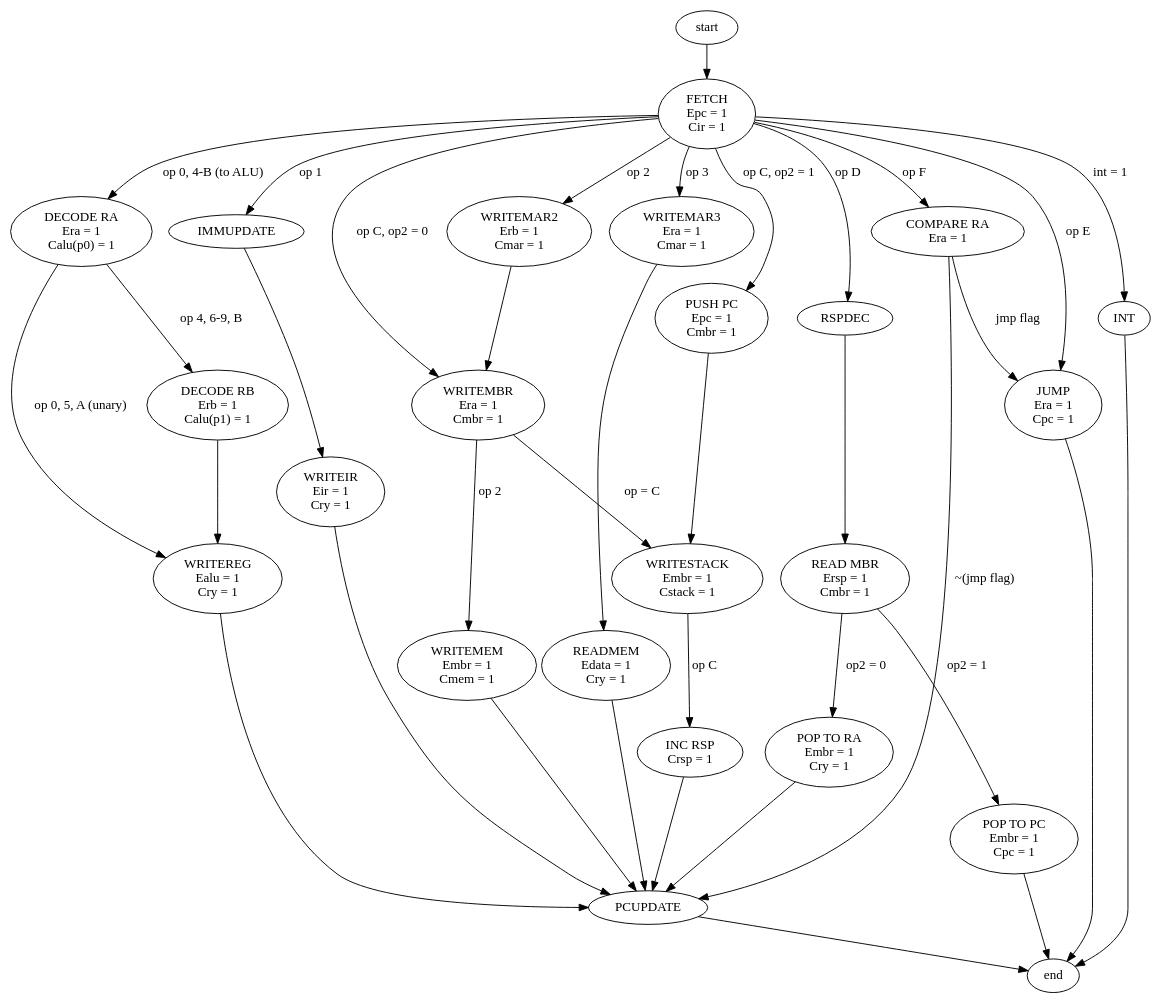
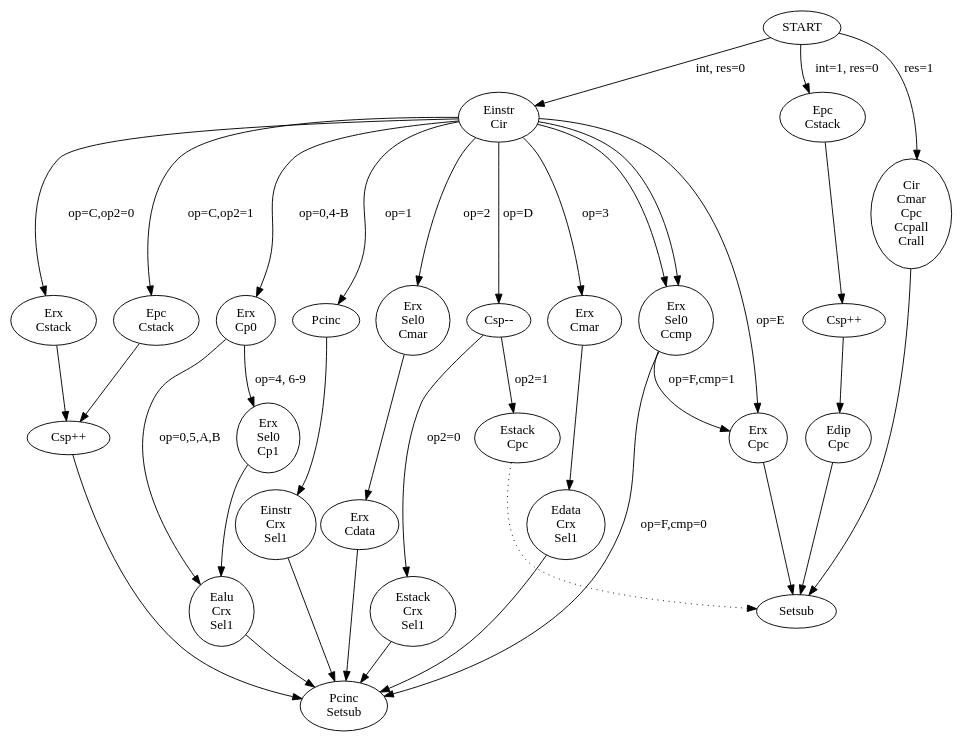
The diagram in Specifications/Timing/Control_Signals_FSM.dot (AsparaGus116/Romulus-I), drawn with Graphviz before and after one commit. The commit also changed 1 other file, not shown here.

```diff
--- a/Specifications/Timing/Control_Signals_FSM.dot
+++ b/Specifications/Timing/Control_Signals_FSM.dot
@@ -1,83 +1,90 @@
 digraph G {
-   
-  start -> FETCH
- 
-  //NOTICE!!! Instructions are numbered by OPCODE
- 
-  //Reg - Reg
-  FETCH -> DECRA [label = "op 0, 4-B (to ALU)"]
-  DECRA -> WRITEREG [label= "op 0, 5, A (unary)"]
-  WRITEREG -> PCUPDATE
- 
-  //Reg - Imm
-  FETCH -> IMMUPDATE [label="op 1"]
-  IMMUPDATE -> WRITEIR
-  WRITEIR -> PCUPDATE
- 
-  //Reg - Mem
-  FETCH -> WRITEMAR2 [label = "op 2"]
-  WRITEMAR2 -> WRITEMBR
-  WRITEMBR -> WRITEMEM [label = "op 2"]
-  WRITEMEM -> PCUPDATE
- 
-  //Mem - Reg
-  FETCH -> WRITEMAR3[label="op 3"]
-  WRITEMAR3 -> READMEM
-  READMEM -> PCUPDATE
- 
-  //Arithmetic
-  //Decode Ra and Rb
-  DECRA -> DECRB [label="op 4, 6-9, B"]
-  DECRB -> WRITEREG
- 
-  //Push
-  FETCH -> WRITEMBR [label="op C, op2 = 0"]
-  WRITEMBR -> WRITESTACK [label = "op = C"]
-  FETCH -> PUSHPC [label="op C, op2 = 1"]
-  PUSHPC -> WRITESTACK
-  WRITESTACK -> RSPINC [label = "op C"]
-  RSPINC -> PCUPDATE
- 
-  //Pop
-  FETCH -> RSPDEC [label = "op D"]
-  RSPDEC -> READMBR
-  READMBR -> WRITERA [label = "op2 = 0"]
-  READMBR -> WRITEPC [label = "op2 = 1"]
-  WRITERA -> PCUPDATE
- 
-  FETCH -> JMP [label = "op E"]
- 
-  FETCH -> CMP [label = "op F"]
-  CMP -> JMP [label = "jmp flag"]
-  CMP -> PCUPDATE [label = "~(jmp flag)"]
- 
-  JMP -> end
-  PCUPDATE -> end
-  WRITEPC -> end
- 
-  FETCH -> INT [label = "int = 1"]
-  INT -> end
- 
-
-  FETCH[label="FETCH\nEpc = 1\n Cir = 1"]
-  WRITEREG[label="WRITEREG\nEalu = 1\nCry = 1"]
-  PCUPDATE[label="PCUPDATE\n"]
-  WRITEIR[label="WRITEIR\nEir = 1\nCry = 1"]
-  WRITEMAR2[label="WRITEMAR2\nErb = 1\nCmar = 1"]
-  WRITEMAR3[label="WRITEMAR3\nEra = 1\nCmar = 1"]
-  WRITEMBR[label="WRITEMBR\nEra = 1\nCmbr = 1"]
-  WRITEMEM[label="WRITEMEM\nEmbr = 1\nCmem = 1"]
-  WRITESTACK[label="WRITESTACK\nEmbr = 1\nCstack = 1"]
-  READMEM[label="READMEM\nEdata = 1\nCry = 1"]
-  DECRA[label="DECODE RA\nEra = 1\nCalu(p0) = 1"]
-  DECRB[label="DECODE RB\nErb = 1\nCalu(p1) = 1"]
-  //READRSP[label="READ SP\nErsp = 1\nCmar = 1"]
-  RSPINC[label = "INC RSP\nCrsp = 1"]
-  READMBR[label= "READ MBR\nErsp = 1\nCmbr = 1"]
-  PUSHPC[label="PUSH PC\nEpc = 1\nCmbr = 1"]
-  WRITEPC[label="POP TO PC\nEmbr = 1\nCpc = 1"]
-  WRITERA[label="POP TO RA\nEmbr = 1\nCry = 1"]
- 
-  CMP[label="COMPARE RA\nEra = 1"]
-  JMP[label="JUMP\nEra = 1\nCpc = 1"]
+    START -> n00[label="int, res=0"]
+    
+    START -> I0[label="int=1, res=0"]
+    I0 -> I1;
+    I1 -> I2;
+    I2 -> I3;
+    
+    START -> R0[label="res=1"]
+    R0 -> I3;
+    
+    //These take the form n{opcode of first appearance},
+    //{Clock cycle of first appearance} 
+    
+    n00 -> n01[label="op=0,4-B"]
+    n01 -> n02[label="op=0,5,A,B"]
+    n02 -> n03;
+    
+    n00 -> n11[label="op=1"]
+    n11 -> n12;
+    n12 -> n03;
+    
+    n00 -> n21[label="op=2"]
+    n21 -> n22;
+    n22 -> n03;
+    
+    n00 -> n31[label="op=3"]
+    n31 -> n32;
+    n32 -> n03;
+    
+    n01 -> n42[label="op=4, 6-9"]
+    n42 -> n02;
+    
+    n00 -> nc11[label="op=C,op2=0"]
+    nc11 -> nc2;
+    n00 -> nc12[label="op=C,op2=1"]
+    nc12 -> nc2;
+    nc2 -> n03;
+    
+    n00 -> nd1[label="op=D"]
+    nd1 -> nd21[label="op2=0"]
+    nd21 -> n03
+    nd1 -> nd22[label="op2=1"]
+    nd22 -> I3[style="dotted"]
+    
+    n00 -> ne1[label="op=E"]
+    ne1 -> I3;
+    
+    n00 -> nf1;
+    nf1 -> n03[label="op=F,cmp=0"];
+    n00 -> nf1;
+    nf1 -> ne1[label="op=F,cmp=1"];
+    
+    n00[label="Einstr\nCir"]
+    n01[label="Erx\nCp0"]
+    n02[label="Ealu\nCrx\nSel1"]
+    n03[label="Pcinc\nSetsub"]
+    
+    I0[label="Epc\nCstack"]
+    I1[label="Csp++"]
+    I2[label="Edip\nCpc"]
+    I3[label="Setsub"]
+    
+    R0[label="Cir\nCmar\nCpc\nCcpall\nCrall"]
+    
+    n11[label="Pcinc"]
+    n12[label="Einstr\nCrx\nSel1"]
+    
+    n21[label="Erx\nSel0\nCmar"]
+    n22[label="Erx\nCdata"]
+    
+    n31[label="Erx\nCmar"]
+    n32[label="Edata\nCrx\nSel1"]
+    
+    n42[label="Erx\nSel0\nCp1"]
+    
+    nc11[label="Erx\nCstack"]
+    nc12[label="Epc\nCstack"]
+    nc2[label="Csp++"]
+    
+    nd1[label="Csp--"]
+    nd21[label="Estack\nCrx\nSel1"]
+    nd22[label="Estack\nCpc"]
+    
+    ne1[label="Erx\nCpc"]
+    
+    nf1[label="Erx\nSel0\nCcmp"]
+    
+    //STATES[label="SIGNALS\nCir\nCmar\nCpc\nCdata\nCcpall\nCp0\nCp1\nCrx\nCsp++\nCsp--\nCstack\nCcmp\nEdip\nEpc\nEdata\nEalu\nErx\nEinstr\nEstack\nSel0\nSel1\nSetsub\nPcinc"]
 }
```
